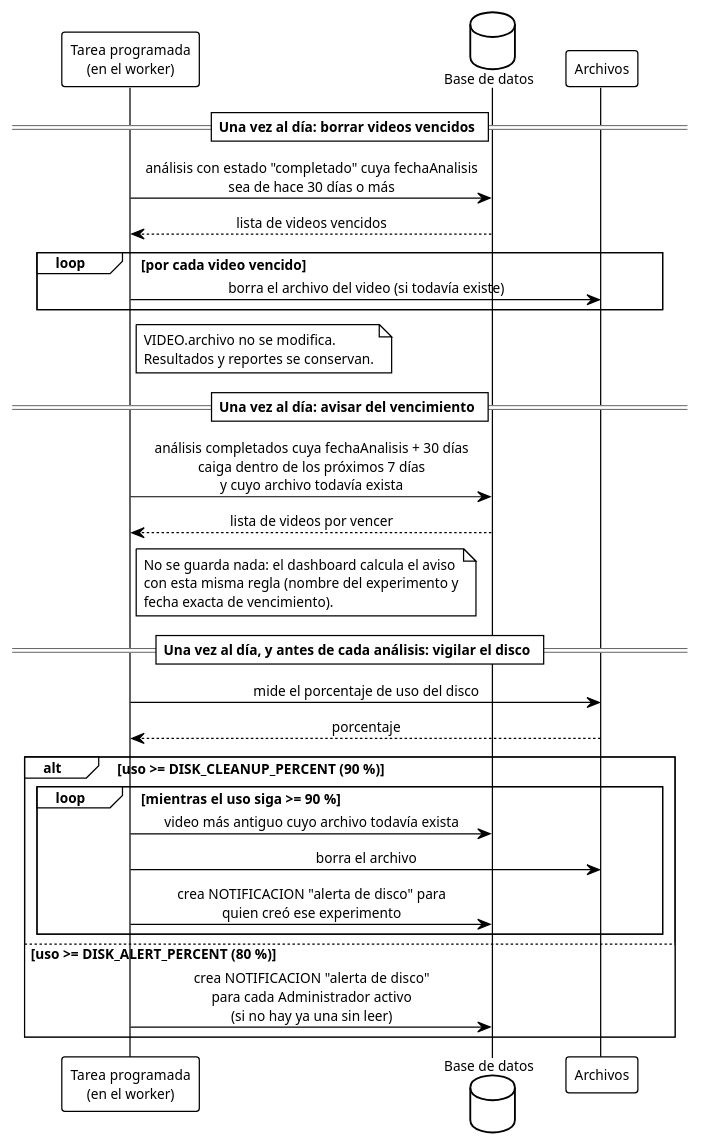
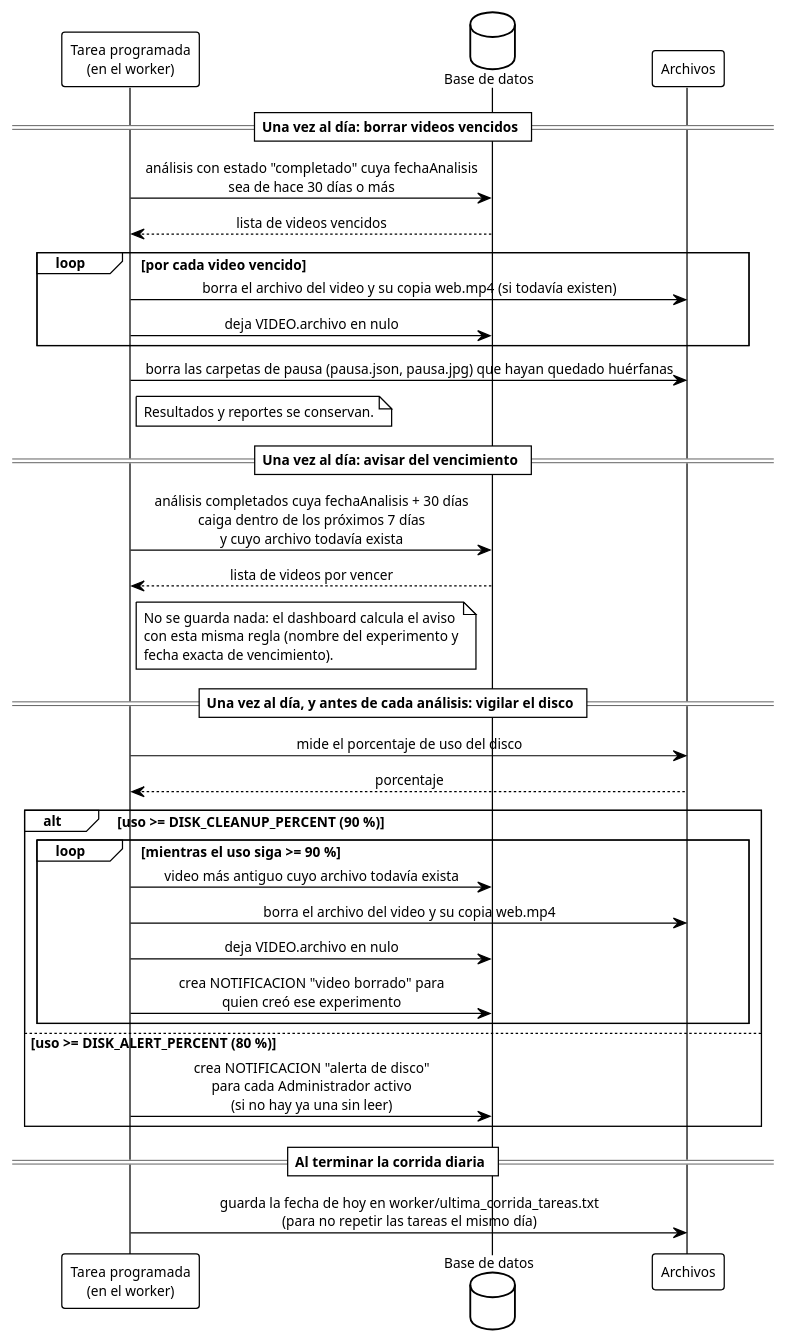
One commit to ErickJester/fst-ai-system-latex changed diagram 39 of 39 in INSTRUCCIONES-WEB.md. Above: the diagram before and after it, drawn with PlantUML. The commit also changed other lines of this file, not shown here.

First line of the commit message:
Reescribir y ajustar INSTRUCCIONES-WEB.md para que otro Claude pueda construir back y front solo con la guia

````diff
--- a/INSTRUCCIONES-WEB.md
+++ b/INSTRUCCIONES-WEB.md
@@ -2767,45 +3017,50 @@
 ```plantuml
 @startuml seq_tareas_programadas
 !theme plain
 skinparam defaultFontName Arial
 skinparam defaultFontSize 11
 skinparam shadowing false
 skinparam sequenceMessageAlign center
 participant "Tarea programada\n(en el worker)" as job
 database "Base de datos" as db
 participant "Archivos" as fs
 
 == Una vez al día: borrar videos vencidos ==
 job -> db: análisis con estado "completado" cuya fechaAnalisis\nsea de hace 30 días o más
 db --> job: lista de videos vencidos
 loop por cada video vencido
-  job -> fs: borra el archivo del video (si todavía existe)
+  job -> fs: borra el archivo del video y su copia web.mp4 (si todavía existen)
+  job -> db: deja VIDEO.archivo en nulo
 end
+job -> fs: borra las carpetas de pausa (pausa.json, pausa.jpg) que hayan quedado huérfanas
 note right of job
-  VIDEO.archivo no se modifica.
   Resultados y reportes se conservan.
 end note
 
 == Una vez al día: avisar del vencimiento ==
 job -> db: análisis completados cuya fechaAnalisis + 30 días\ncaiga dentro de los próximos 7 días\ny cuyo archivo todavía exista
 db --> job: lista de videos por vencer
 note right of job
   No se guarda nada: el dashboard calcula el aviso
   con esta misma regla (nombre del experimento y
   fecha exacta de vencimiento).
 end note
 
 == Una vez al día, y antes de cada análisis: vigilar el disco ==
 job -> fs: mide el porcentaje de uso del disco
 fs --> job: porcentaje
 alt uso >= DISK_CLEANUP_PERCENT (90 %)
   loop mientras el uso siga >= 90 %
     job -> db: video más antiguo cuyo archivo todavía exista
-    job -> fs: borra el archivo
-    job -> db: crea NOTIFICACION "alerta de disco" para\nquien creó ese experimento
+    job -> fs: borra el archivo del video y su copia web.mp4
+    job -> db: deja VIDEO.archivo en nulo
+    job -> db: crea NOTIFICACION "video borrado" para\nquien creó ese experimento
   end
 else uso >= DISK_ALERT_PERCENT (80 %)
   job -> db: crea NOTIFICACION "alerta de disco"\npara cada Administrador activo\n(si no hay ya una sin leer)
 end
+
+== Al terminar la corrida diaria ==
+job -> fs: guarda la fecha de hoy en worker/ultima_corrida_tareas.txt\n(para no repetir las tareas el mismo día)
 @enduml
 ```
````
